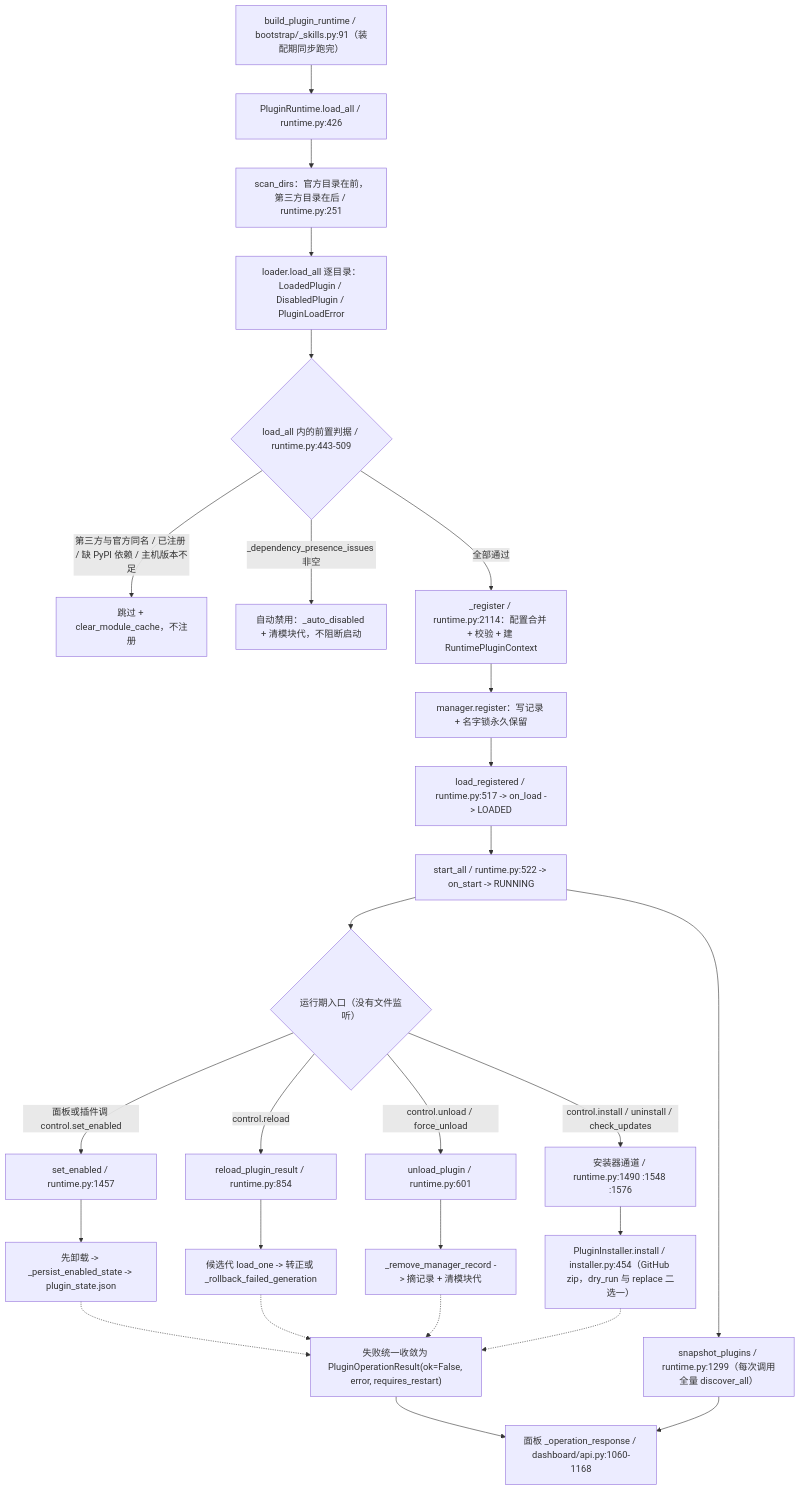
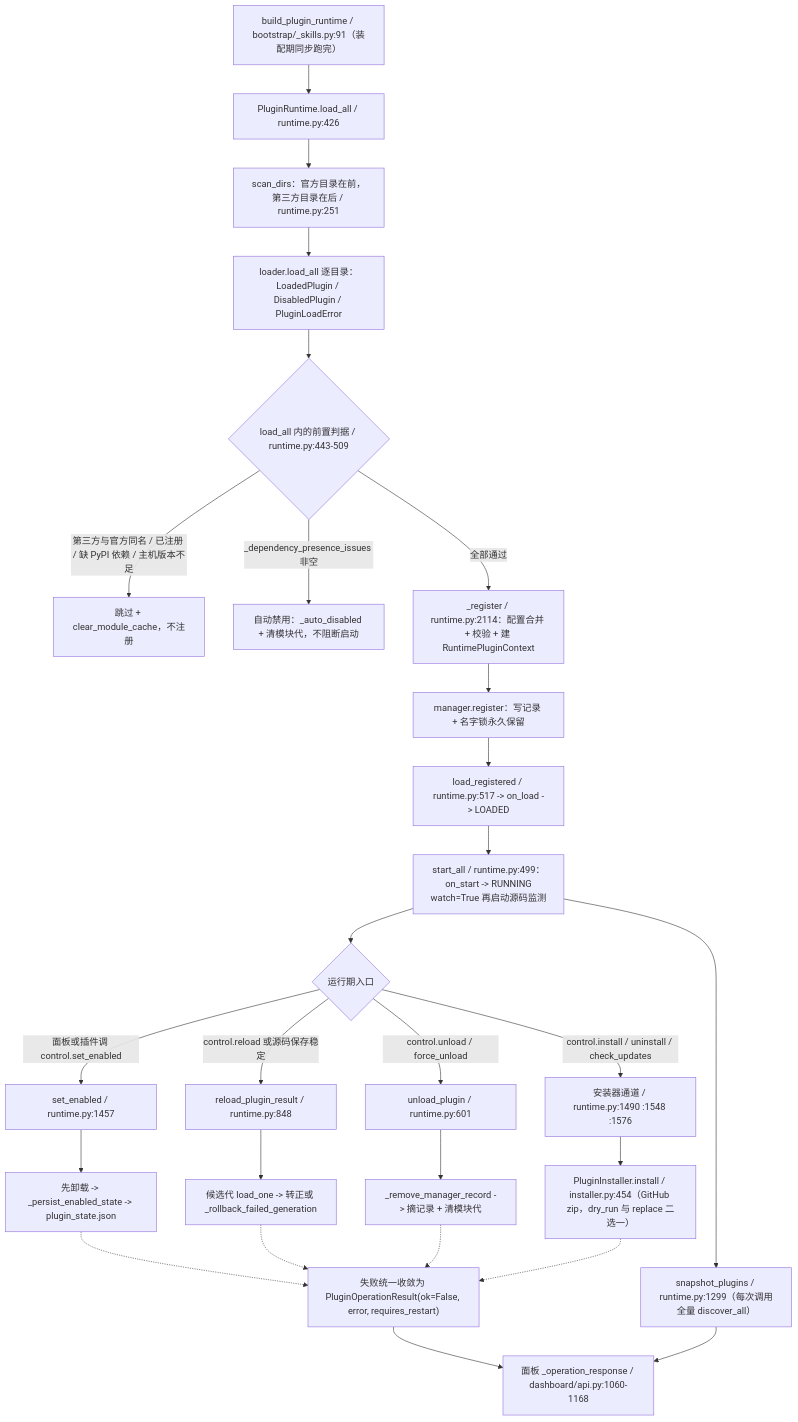
The second of 14 diagrams in docs/flow/08b-plugin-runtime.md (AQiaoYo/NeoBot), drawn with Mermaid before and after one commit. The commit also changed other lines of this file and 92 other files, not shown here.

````diff
--- a/docs/flow/08b-plugin-runtime.md
+++ b/docs/flow/08b-plugin-runtime.md
@@ -103,29 +105,29 @@
 ```mermaid
 flowchart TD
     A["build_plugin_runtime / bootstrap/_skills.py:91（装配期同步跑完）"] --> B["PluginRuntime.load_all / runtime.py:426"]
     B --> C["scan_dirs：官方目录在前，第三方目录在后 / runtime.py:251"]
     C --> D["loader.load_all 逐目录：LoadedPlugin / DisabledPlugin / PluginLoadError"]
     D --> E{"load_all 内的前置判据 / runtime.py:443-509"}
     E -- "第三方与官方同名 / 已注册 / 缺 PyPI 依赖 / 主机版本不足" --> E1["跳过 + clear_module_cache，不注册"]
     E -- "_dependency_presence_issues 非空" --> E2["自动禁用：_auto_disabled + 清模块代，不阻断启动"]
     E -- "全部通过" --> F["_register / runtime.py:2114：配置合并 + 校验 + 建 RuntimePluginContext"]
     F --> G["manager.register：写记录 + 名字锁永久保留"]
     G --> H["load_registered / runtime.py:517 -> on_load -> LOADED"]
-    H --> I["start_all / runtime.py:522 -> on_start -> RUNNING"]
-    I --> J{"运行期入口（没有文件监听）"}
+    H --> I["start_all / runtime.py:499：on_start -> RUNNING<br/>watch=True 再启动源码监测"]
+    I --> J{"运行期入口"}
     J -- "面板或插件调 control.set_enabled" --> K["set_enabled / runtime.py:1457"]
-    J -- "control.reload" --> L["reload_plugin_result / runtime.py:854"]
+    J -- "control.reload 或源码保存稳定" --> L["reload_plugin_result / runtime.py:848"]
     J -- "control.unload / force_unload" --> M["unload_plugin / runtime.py:601"]
     J -- "control.install / uninstall / check_updates" --> N["安装器通道 / runtime.py:1490 :1548 :1576"]
     K --> O["先卸载 -> _persist_enabled_state -> plugin_state.json"]
     L --> P["候选代 load_one -> 转正或 _rollback_failed_generation"]
     M --> Q["_remove_manager_record -> 摘记录 + 清模块代"]
     N --> R["PluginInstaller.install / installer.py:454（GitHub zip，dry_run 与 replace 二选一）"]
     O -.-> S["失败统一收敛为 PluginOperationResult(ok=False, error, requires_restart)"]
     P -.-> S
     Q -.-> S
     R -.-> S
     S --> T["面板 _operation_response / dashboard/api.py:1060-1168"]
     I --> U["snapshot_plugins / runtime.py:1299（每次调用全量 discover_all）"]
     U --> T
 ```
````
